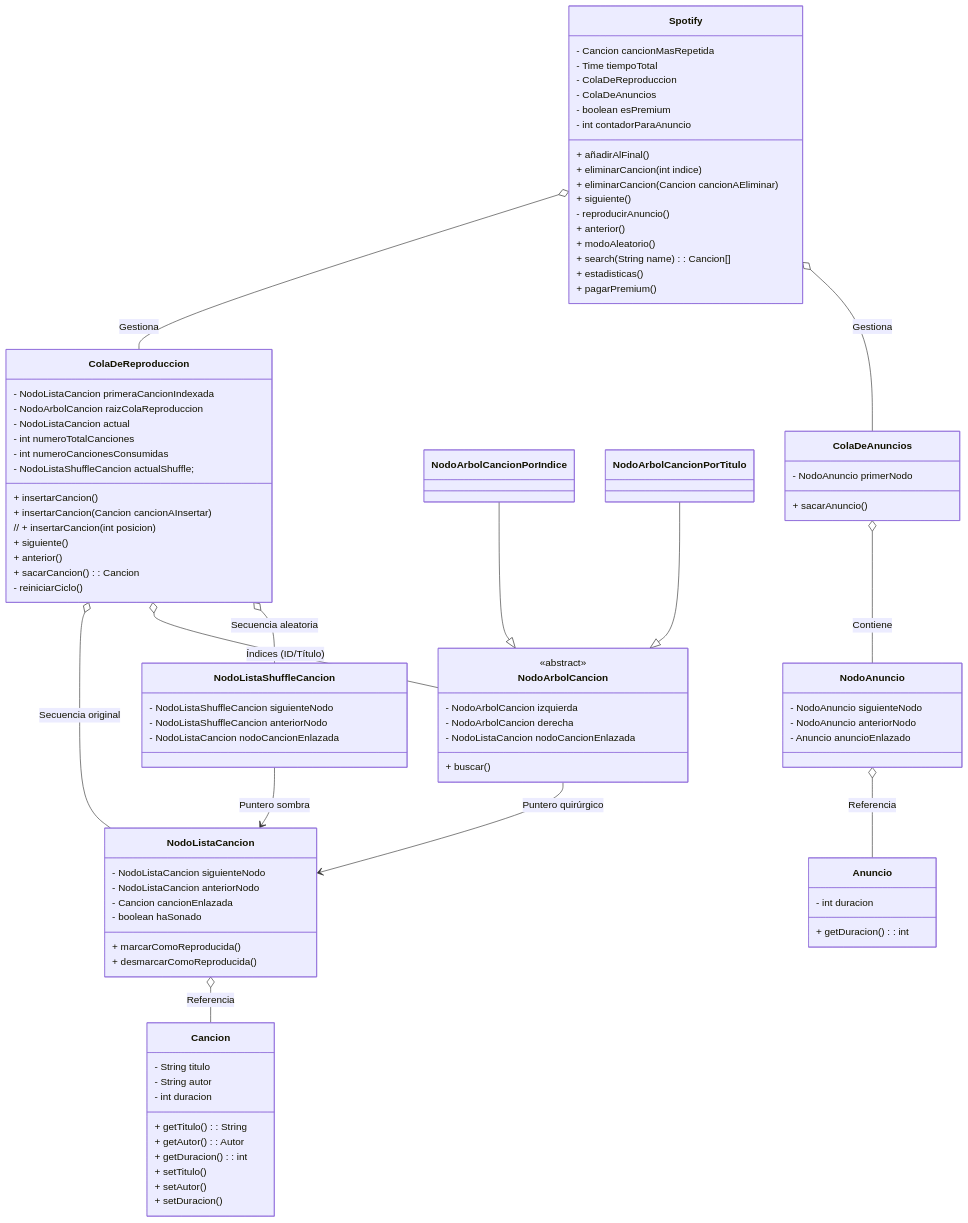
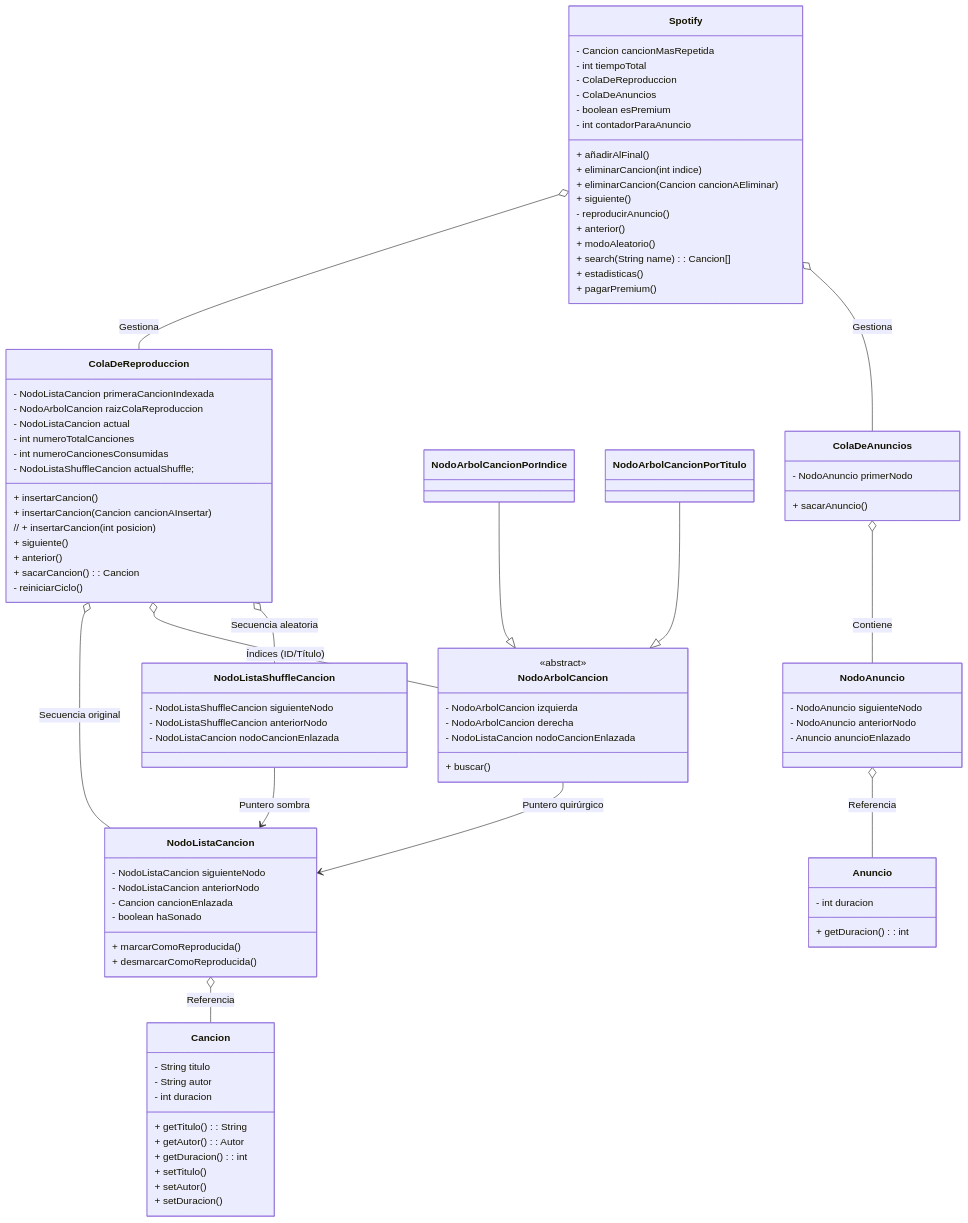
One commit to mmasias/25-26-EDA1 changed the diagram in entregas/lianoJavier/documentos/README.md. Above: the diagram before and after it, drawn with Mermaid.

```diff
--- a/entregas/lianoJavier/documentos/README.md
+++ b/entregas/lianoJavier/documentos/README.md
@@ -103,7 +103,7 @@
 
         class Spotify {
                 - Cancion cancionMasRepetida
-                - Time tiempoTotal
+                - int tiempoTotal
 
                 - ColaDeReproduccion
                 - ColaDeAnuncios
```
